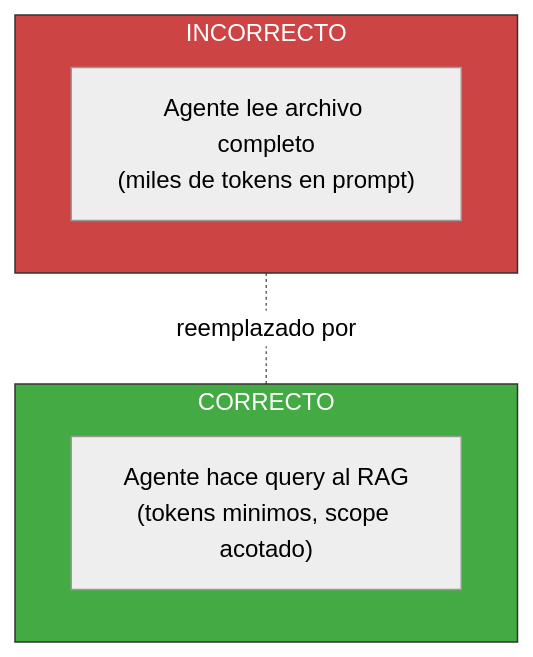
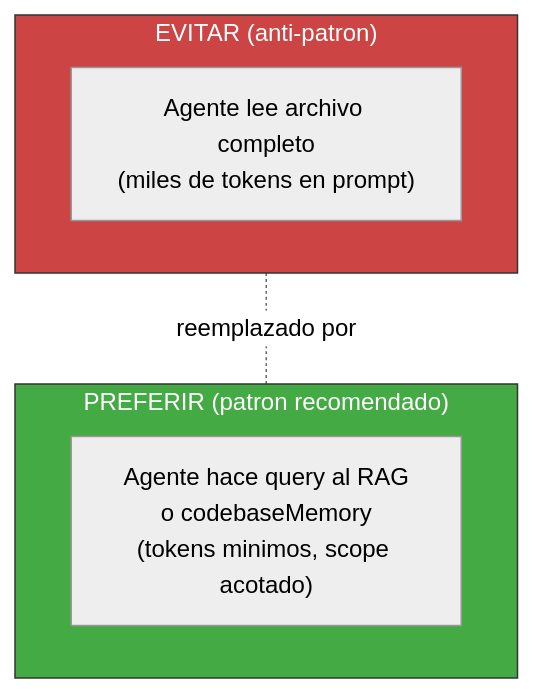
Diagram 26 of 47 in principia/overview.md (virgenherrera/virgil), drawn with Mermaid (neutral theme) before and after one commit. The commit also changed other lines of this file, not shown here.

````diff
--- a/principia/overview.md
+++ b/principia/overview.md
@@ -787,15 +975,15 @@
 ```mermaid
 flowchart TD
-    subgraph INCORRECTO["INCORRECTO"]
+    subgraph EVITAR["EVITAR (anti-patron)"]
         A1["Agente lee archivo completo\n(miles de tokens en prompt)"]
     end
 
-    subgraph CORRECTO["CORRECTO"]
-        A2["Agente hace query al RAG\n(tokens minimos, scope acotado)"]
+    subgraph PREFERIR["PREFERIR (patron recomendado)"]
+        A2["Agente hace query al RAG\no codebaseMemory\n(tokens minimos, scope acotado)"]
     end
 
-    INCORRECTO -.-|"reemplazado por"| CORRECTO
+    EVITAR -.-|"reemplazado por"| PREFERIR
 
-    style INCORRECTO fill:#c44,stroke:#333,color:#fff
-    style CORRECTO fill:#4a4,stroke:#333,color:#fff
+    style EVITAR fill:#c44,stroke:#333,color:#fff
+    style PREFERIR fill:#4a4,stroke:#333,color:#fff
 ```
````
